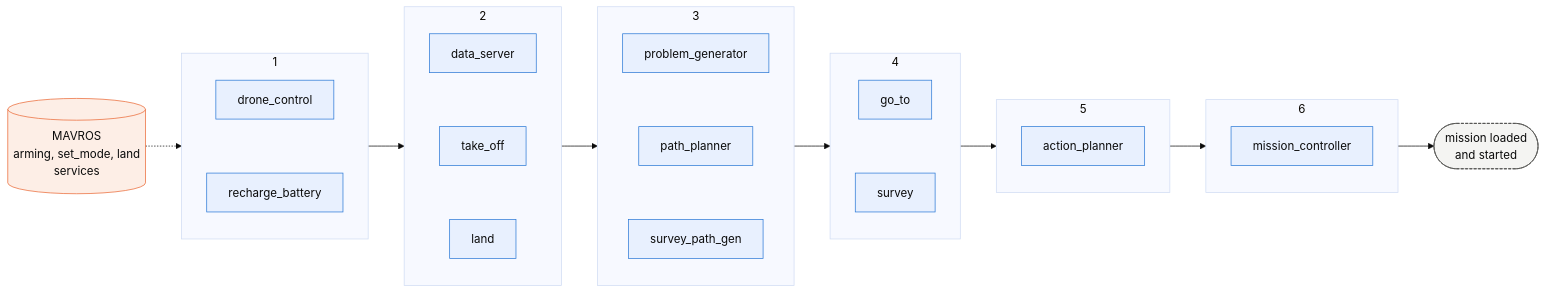
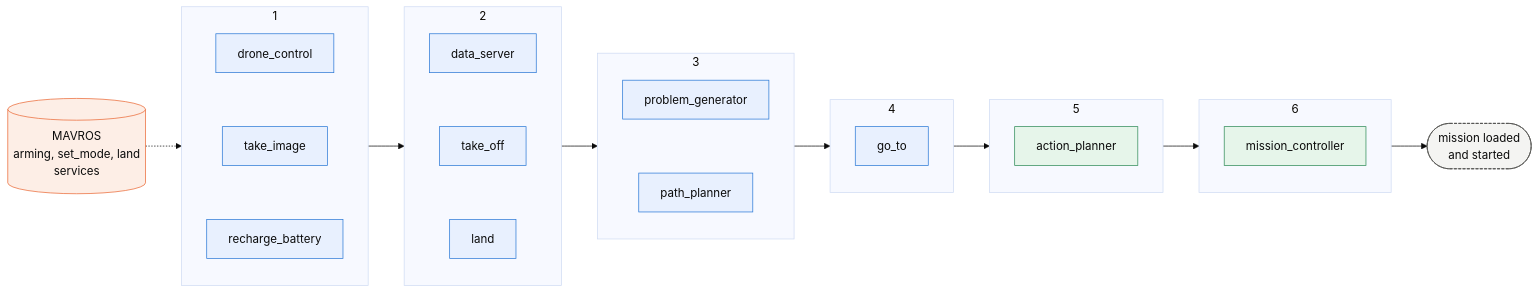
Before and after one commit to p4aicmc/drone_planner: the diagram in src/docs/node_initialization.md, drawn with Mermaid (base theme). The commit also changed other lines of this file and 207 other files, not shown here.

Commit message:
chore: changes to the folder structure and separation of the action_planner framework

````diff
--- a/src/docs/node_initialization.md
+++ b/src/docs/node_initialization.md
@@ -10,40 +12,42 @@
 ```mermaid
 flowchart LR
     mavros[("MAVROS<br/>arming, set_mode, land<br/>services")]
 
     subgraph s1["1"]
-        drone_control["drone_control"] ~~~ recharge_battery["recharge_battery"]
+        drone_control["drone_control"] ~~~ take_image["take_image"] ~~~ recharge_battery["recharge_battery"]
     end
 
     subgraph s2["2"]
         data_server["data_server"] ~~~ take_off["take_off"] ~~~ land["land"]
     end
 
     subgraph s3["3"]
-        problem_generator["problem_generator"] ~~~ path_planner["path_planner"] ~~~ survey_path_gen["survey_path_gen"]
+        problem_generator["problem_generator"] ~~~ path_planner["path_planner"]
     end
 
     subgraph s4["4"]
-        go_to["go_to"] ~~~ survey["survey"]
+        go_to["go_to"]
     end
 
     subgraph s5["5"]
         action_planner["action_planner"]
     end
 
     subgraph s6["6"]
         mission_controller["mission_controller"]
     end
 
     ready(["mission loaded<br/>and started"])
 
     mavros -.-> s1
     s1 --> s2 --> s3 --> s4 --> s5 --> s6 --> ready
 
-    classDef managed fill:#e8f0fe,stroke:#2a78d6,color:#0b0b0b
+    classDef drone fill:#e8f0fe,stroke:#2a78d6,color:#0b0b0b
+    classDef framework fill:#e6f5ea,stroke:#2e8b57,color:#0b0b0b
     classDef external fill:#fdeee6,stroke:#eb6834,color:#0b0b0b
     classDef plain fill:#f4f4f2,stroke:#52514e,stroke-dasharray:4 2,color:#0b0b0b
-    class drone_control,recharge_battery,data_server,take_off,land,problem_generator,path_planner,survey_path_gen,go_to,survey,action_planner,mission_controller managed
+    class drone_control,take_image,recharge_battery,data_server,take_off,land,problem_generator,path_planner,go_to drone
+    class action_planner,mission_controller framework
     class mavros external
     class ready plain
 ```
````
